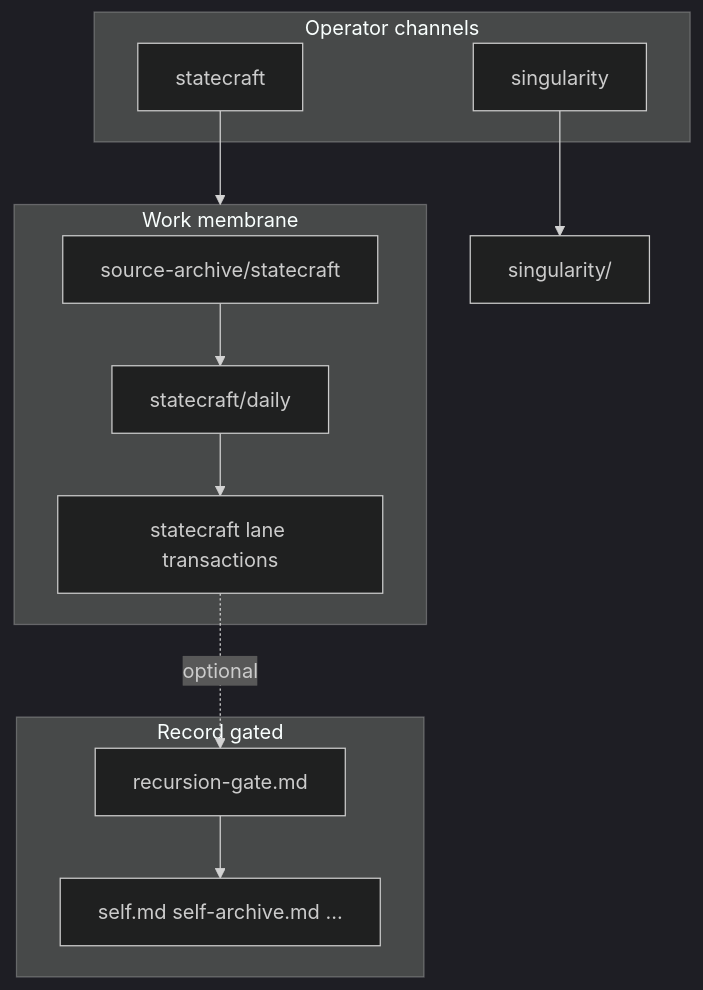
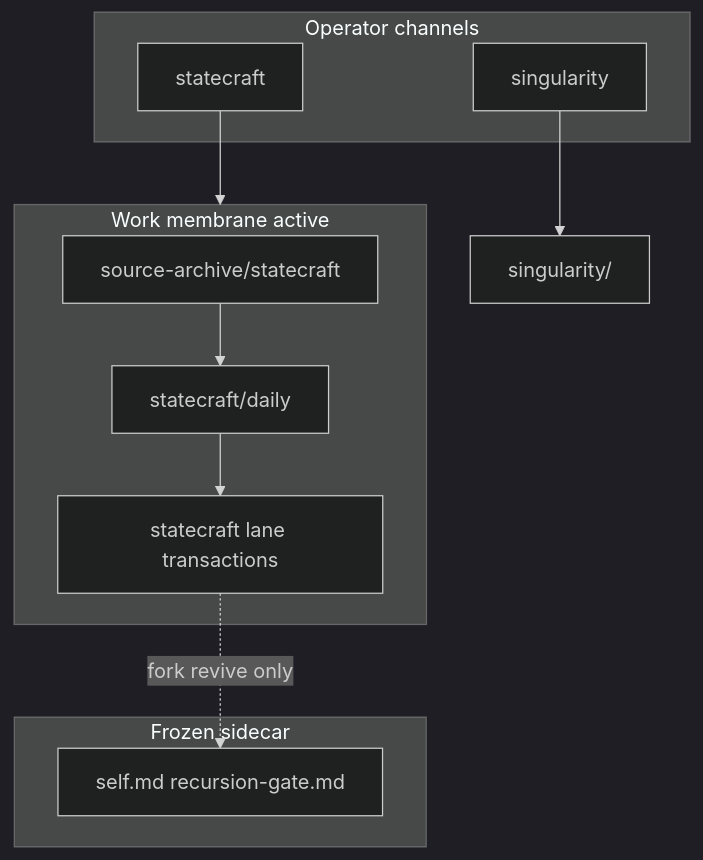
Before and after one commit to rbtkhn/strategy-codex: the diagram in docs/start-here.md, drawn with Mermaid (dark theme). The commit also changed other lines of this file and 42 other files, not shown here.

````diff
--- a/docs/start-here.md
+++ b/docs/start-here.md
@@ -17,24 +17,22 @@
 ```mermaid
 flowchart TB
-  subgraph record [Record gated]
-    Self[self.md self-archive.md ...]
-    Gate[recursion-gate.md]
-  end
-
-  subgraph membrane [Work membrane]
+  subgraph membrane [Work membrane active]
     Archive[source-archive/statecraft]
     Daily[statecraft/daily]
     Tx[statecraft lane transactions]
   end
 
   subgraph channels [Operator channels]
     SC[statecraft]
     SG[singularity]
   end
 
+  subgraph frozen [Frozen sidecar]
+    Record[self.md recursion-gate.md]
+  end
+
   Archive --> Daily --> Tx
-  Tx -.optional.-> Gate
-  Gate --> Self
   SC --> membrane
   SG --> singularity/
+  Tx -.fork revive only.-> Record
 ```
````
